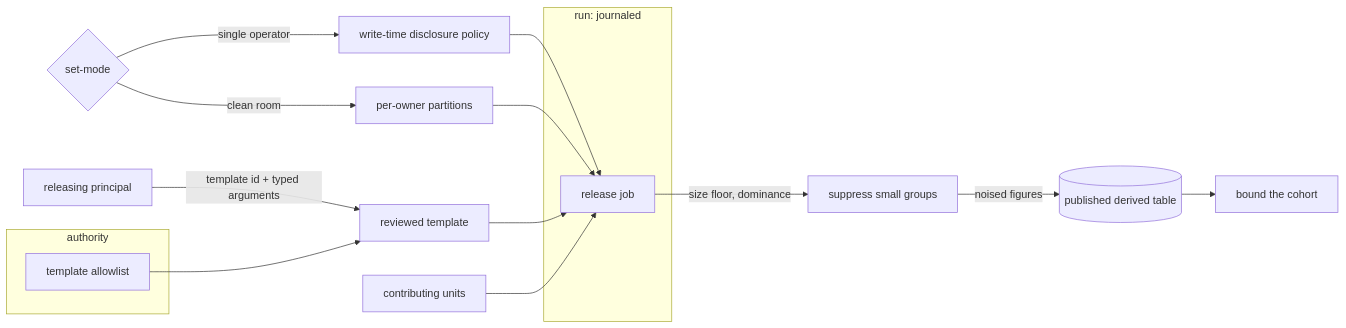
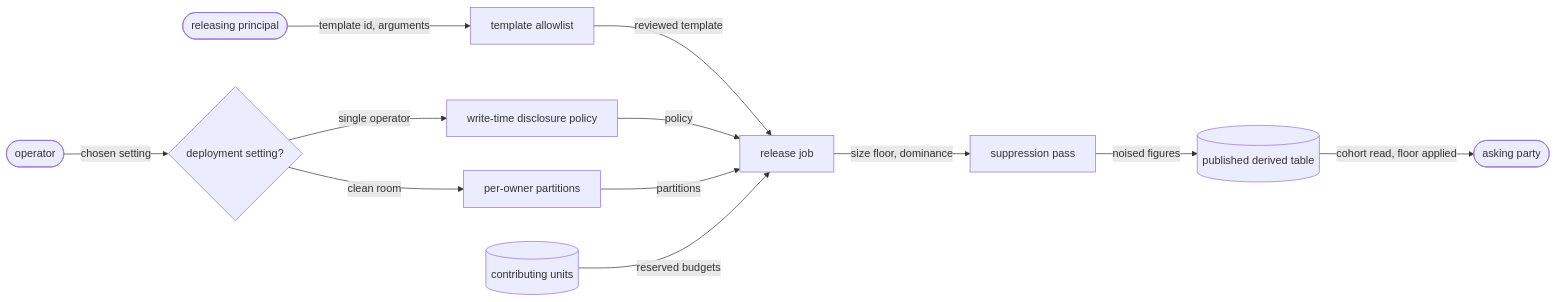
The first of 2 diagrams in spec/61-disclosure.md (fractalboxdev/contextful), drawn with Mermaid before and after one commit. The commit also changed other lines of this file and 31 other files, not shown here.

First line of the commit message:
spec: every diagram draws things as nodes and what flows as labelled edges

````diff
--- a/spec/61-disclosure.md
+++ b/spec/61-disclosure.md
@@ -20,21 +20,14 @@
 ```mermaid
 flowchart LR
-  MODE{"set-mode"} -- "single operator" --> SO["write-time disclosure policy"]
-  MODE -- "clean room" --> CR["per-owner partitions"]
-  CALLER["releasing principal"] -- "template id + typed arguments" --> TPL["reviewed template"]
-  subgraph AUTH["authority"]
-    TA["template allowlist"]
-  end
-  subgraph RUN["run: journaled"]
-    REL["release job"]
-  end
-  UNITS["contributing units"]
-  TA --> TPL
-  SO --> REL
-  CR --> REL
-  TPL --> REL
-  UNITS --> REL
-  REL -- "size floor, dominance" --> SUP["suppress small groups"]
-  SUP -- "noised figures" --> PUB[("published derived table")]
-  PUB --> COH["bound the cohort"]
+  OP(["operator"]) -->|"chosen setting"| MODE{"deployment setting?"}
+  MODE -->|"single operator"| SO["write-time disclosure policy"]
+  MODE -->|"clean room"| CR["per-owner partitions"]
+  CALLER(["releasing principal"]) -->|"template id, arguments"| TA["template allowlist"]
+  TA -->|"reviewed template"| REL["release job"]
+  SO -->|"policy"| REL
+  CR -->|"partitions"| REL
+  UNITS[("contributing units")] -->|"reserved budgets"| REL
+  REL -->|"size floor, dominance"| SUPP["suppression pass"]
+  SUPP -->|"noised figures"| PUB[("published derived table")]
+  PUB -->|"cohort read, floor applied"| CONS(["asking party"])
 ```
````
